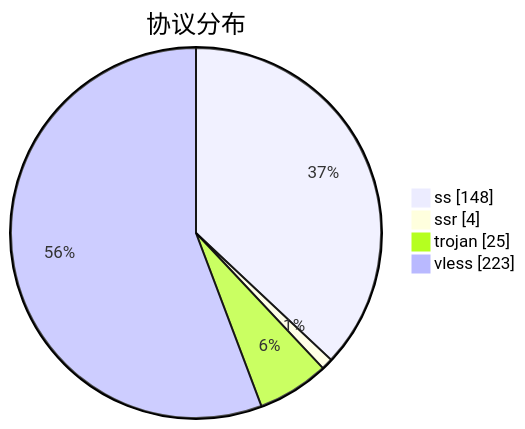
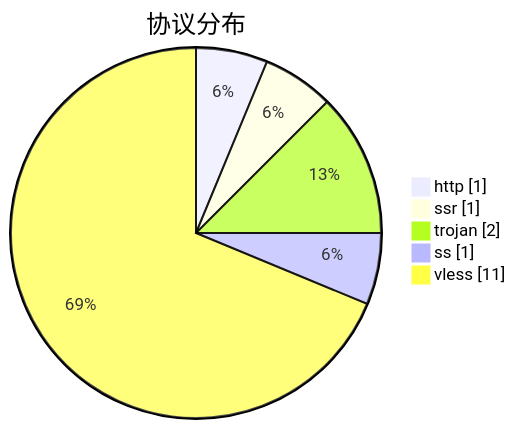
One commit to qjlxg/airport changed the third of 3 diagrams in subs/statistics/tested_within.md. Above: the diagram before and after it, drawn with Mermaid. The commit also changed other lines of this file and 2 other files, not shown here.

````diff
--- a/subs/statistics/tested_within.md
+++ b/subs/statistics/tested_within.md
@@ -36,8 +18,9 @@
 ```mermaid
 pie showData
 title 协议分布
-"ss" : 148
-"ssr" : 4
-"trojan" : 25
-"vless" : 223
+"http" : 1
+"ssr" : 1
+"trojan" : 2
+"ss" : 1
+"vless" : 11
 ```
````
